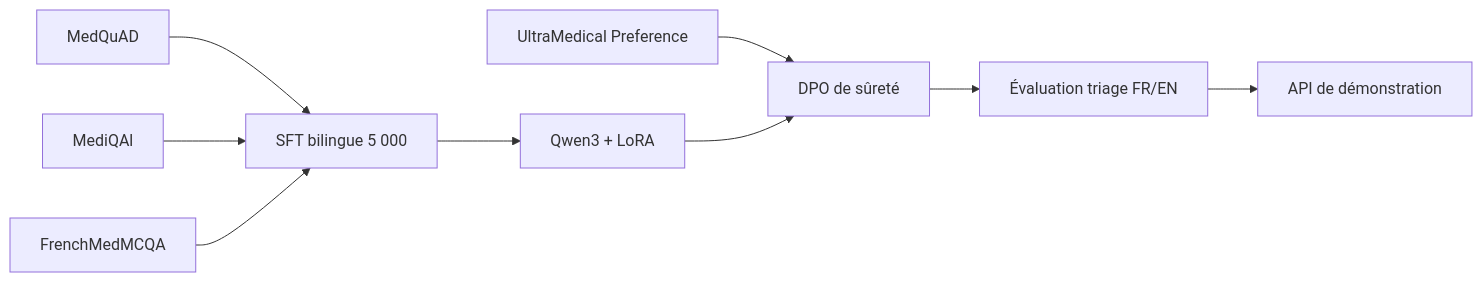
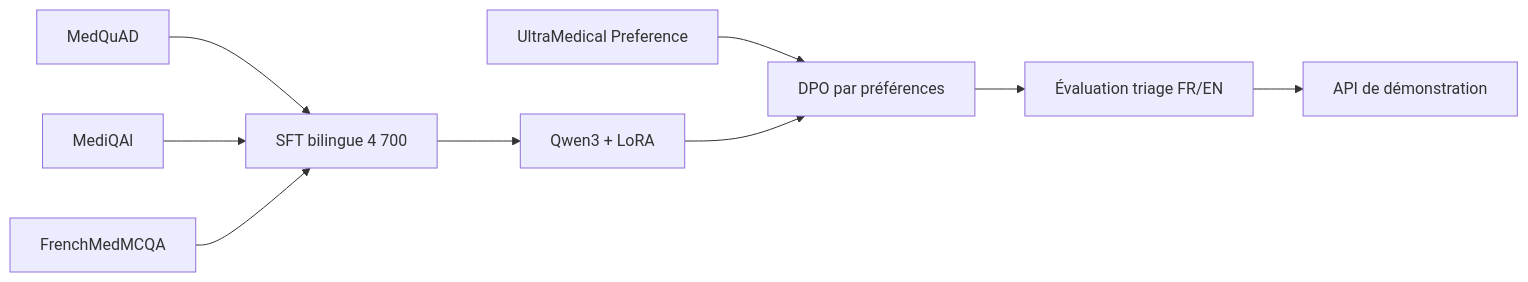
The diagram in README.fr.md (ppluton/medical-triage-llm-poc), drawn with Mermaid before and after one commit. The commit also changed other lines of this file and 10 other files, not shown here.

````diff
--- a/README.fr.md
+++ b/README.fr.md
@@ -18,11 +18,11 @@
 ```mermaid
 flowchart LR
-  A[MedQuAD] --> D[SFT bilingue 5 000]
+  A[MedQuAD] --> D[SFT bilingue 4 700]
   B[MediQAl] --> D
   C[FrenchMedMCQA] --> D
   D --> E[Qwen3 + LoRA]
-  U[UltraMedical Preference] --> F[DPO de sûreté]
+  U[UltraMedical Preference] --> F[DPO par préférences]
   E --> F
   F --> G[Évaluation triage FR/EN]
   G --> H[API de démonstration]
 ```
````
